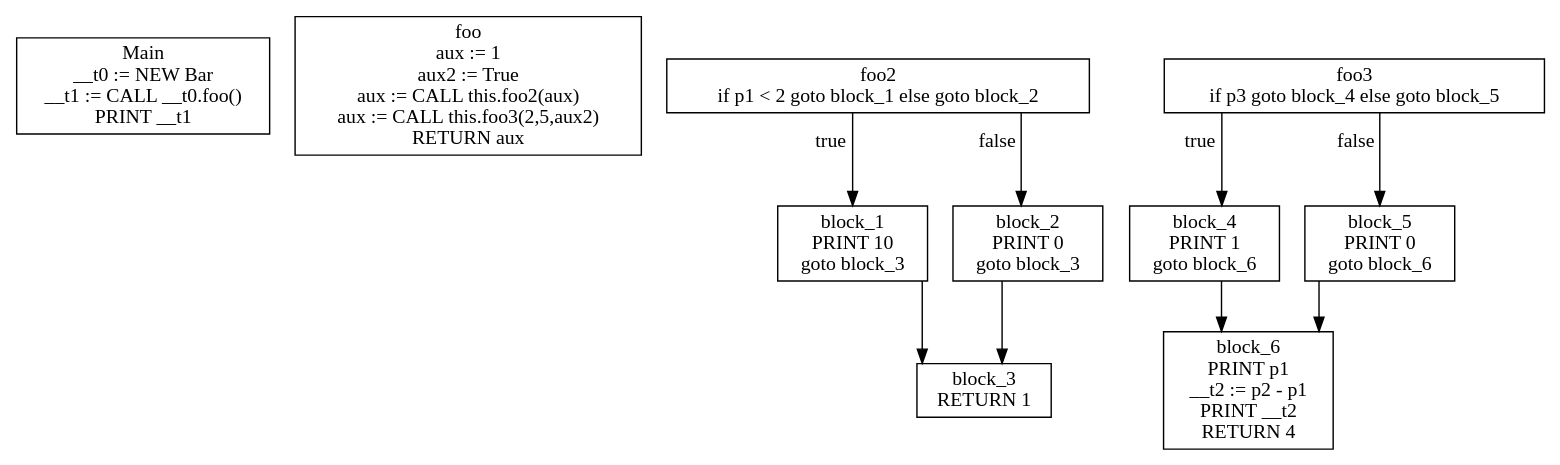
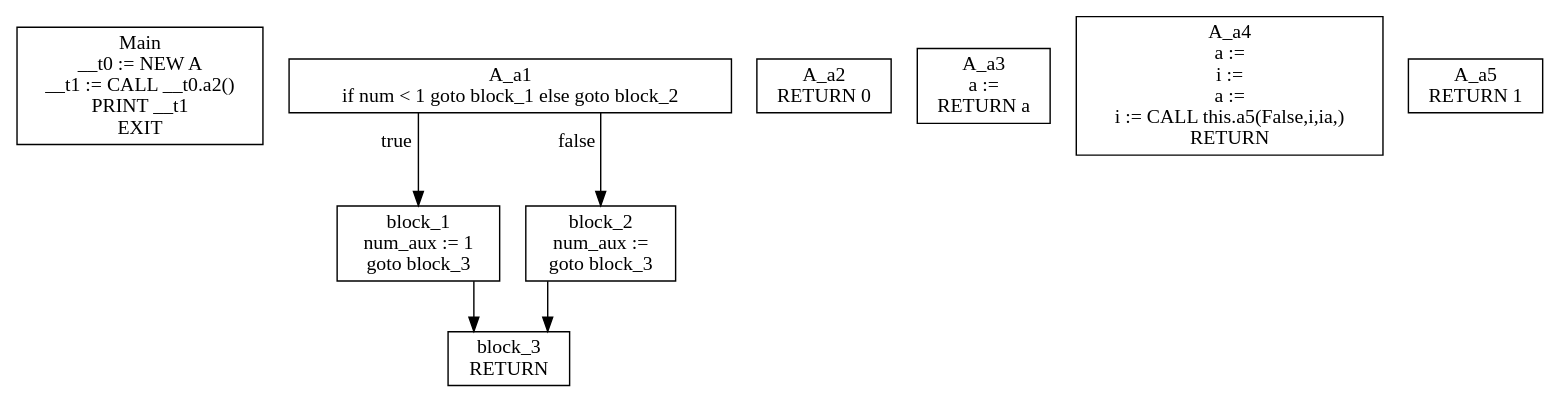
Before and after one commit to KarmaSora/Compiler: the diagram in gettingStarted/cfg.dot, drawn with Graphviz. The commit also changed 8 other files, not shown here.

Commit message:
added exit at end of main. Now shows scope name at top

```diff
--- a/gettingStarted/cfg.dot
+++ b/gettingStarted/cfg.dot
@@ -1,22 +1,17 @@
 digraph CFG {
 graph [splines=ortho];
 node [shape=box];
-Main [label="Main\n__t0 := NEW Bar\n__t1 := CALL __t0.foo()\nPRINT __t1\n"];
-foo [label="foo\naux := 1\naux2 := True\naux := CALL this.foo2(aux)\naux := CALL this.foo3(2,5,aux2)\nRETURN aux\n"];
-foo2 -> block_1 [xlabel="true"];
-foo2 -> block_2 [xlabel="false"];
-foo2 [label="foo2\nif p1 < 2 goto block_1 else goto block_2\n"];
+Main [label="Main\n__t0 := NEW A\n__t1 := CALL __t0.a2()\nPRINT __t1\nEXIT\n"];
+A_a1 -> block_1 [xlabel="true"];
+A_a1 -> block_2 [xlabel="false"];
+A_a1 [label="A_a1\nif num < 1 goto block_1 else goto block_2\n"];
 block_1 -> block_3;
-block_1 [label="block_1\nPRINT 10\ngoto block_3\n"];
+block_1 [label="block_1\nnum_aux := 1\ngoto block_3\n"];
 block_2 -> block_3;
-block_2 [label="block_2\nPRINT 0\ngoto block_3\n"];
-block_3 [label="block_3\nRETURN 1\n"];
-foo3 -> block_4 [xlabel="true"];
-foo3 -> block_5 [xlabel="false"];
-foo3 [label="foo3\nif p3 goto block_4 else goto block_5\n"];
-block_4 -> block_6;
-block_4 [label="block_4\nPRINT 1\ngoto block_6\n"];
-block_5 -> block_6;
-block_5 [label="block_5\nPRINT 0\ngoto block_6\n"];
-block_6 [label="block_6\nPRINT p1\n__t2 := p2 - p1\nPRINT __t2\nRETURN 4\n"];
+block_2 [label="block_2\nnum_aux := \ngoto block_3\n"];
+block_3 [label="block_3\nRETURN \n"];
+A_a2 [label="A_a2\nRETURN 0\n"];
+A_a3 [label="A_a3\na := \nRETURN a\n"];
+A_a4 [label="A_a4\na := \ni := \na := \ni := CALL this.a5(False,i,ia,)\nRETURN \n"];
+A_a5 [label="A_a5\nRETURN 1\n"];
 }
```
